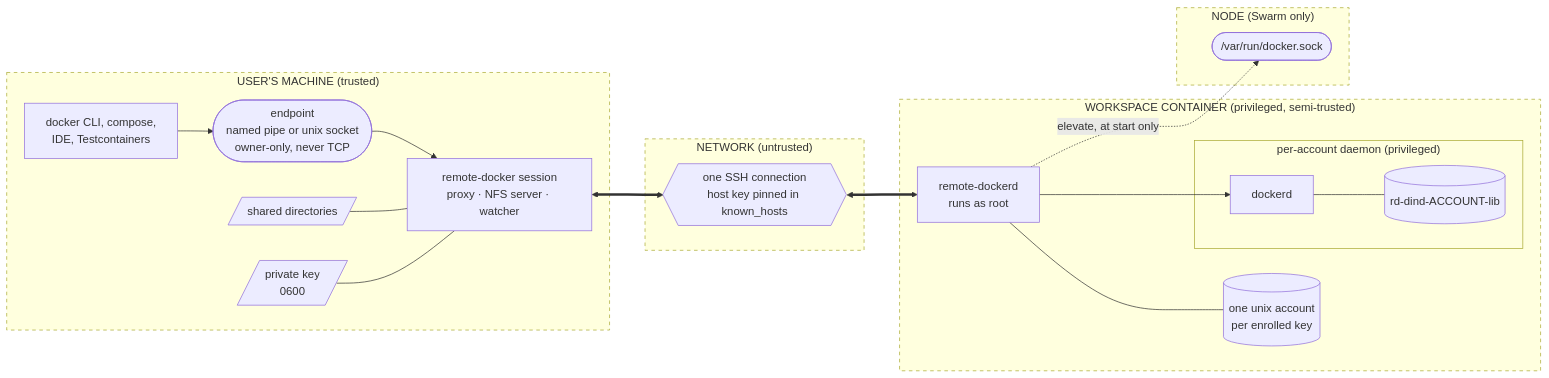
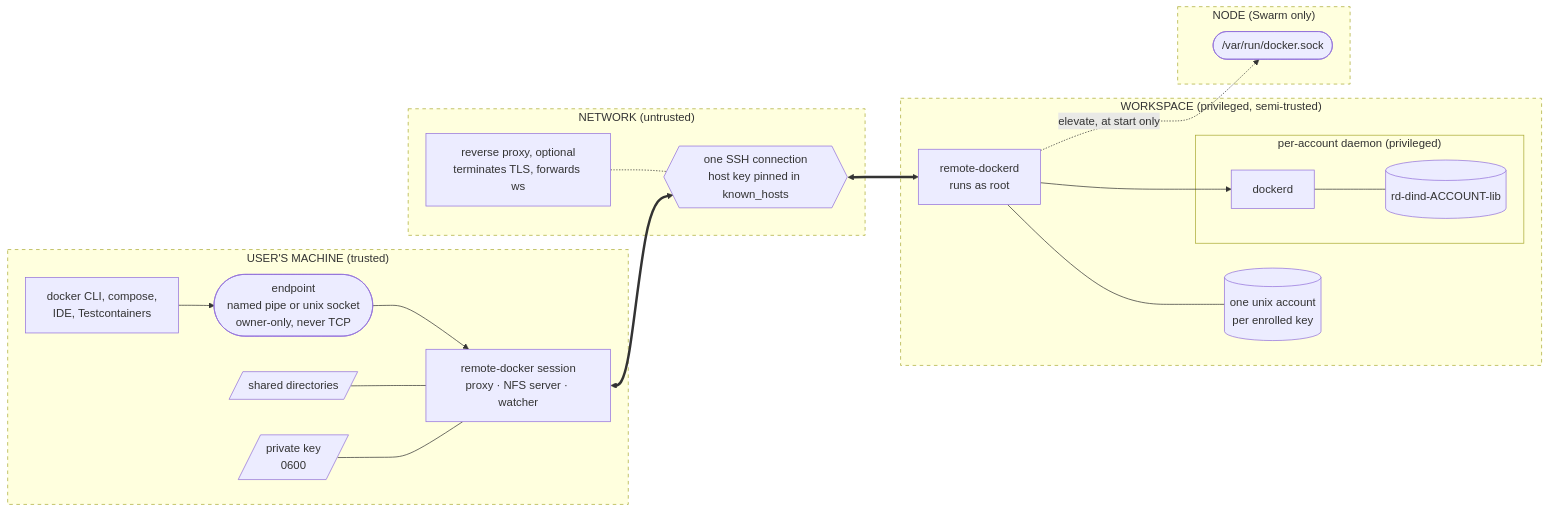
One commit to lhns/remote-docker changed the first of 10 diagrams in docs/threat-model.md. Above: the diagram before and after it, drawn with Mermaid. The commit also changed other lines of this file and 8 other files, not shown here.

````diff
--- a/docs/threat-model.md
+++ b/docs/threat-model.md
@@ -29,39 +50,41 @@
 ```mermaid
 flowchart LR
     subgraph user["USER'S MACHINE (trusted)"]
         dirs[/"shared directories"/]
         key[/"private key<br/>0600"/]
         client["remote-docker session<br/>proxy · NFS server · watcher"]
         ep(["endpoint<br/>named pipe or unix socket<br/>owner-only, never TCP"])
         tools["docker CLI, compose,<br/>IDE, Testcontainers"]
         tools --> ep --> client
         dirs --- client
         key --- client
     end
 
     subgraph net["NETWORK (untrusted)"]
+        proxy["reverse proxy, optional<br/>terminates TLS, forwards ws"]
         ssh{{"one SSH connection<br/>host key pinned in known_hosts"}}
+        proxy -.- ssh
     end
 
-    subgraph ws["WORKSPACE CONTAINER (privileged, semi-trusted)"]
+    subgraph ws["WORKSPACE (privileged, semi-trusted)"]
         agent["remote-dockerd<br/>runs as root"]
         accounts[("one unix account<br/>per enrolled key")]
         subgraph dind["per-account daemon (privileged)"]
             dockerd["dockerd"]
             vols[("rd-dind-ACCOUNT-lib")]
         end
         agent --- accounts
         agent --> dockerd
         dockerd --- vols
     end
 
     subgraph node["NODE (Swarm only)"]
         sock(["/var/run/docker.sock"])
     end
 
     client <==> ssh <==> agent
     agent -. "elevate, at start only" .-> sock
 
     classDef boundary stroke-dasharray: 5 5
     class user,net,ws,node boundary
 ```
````
